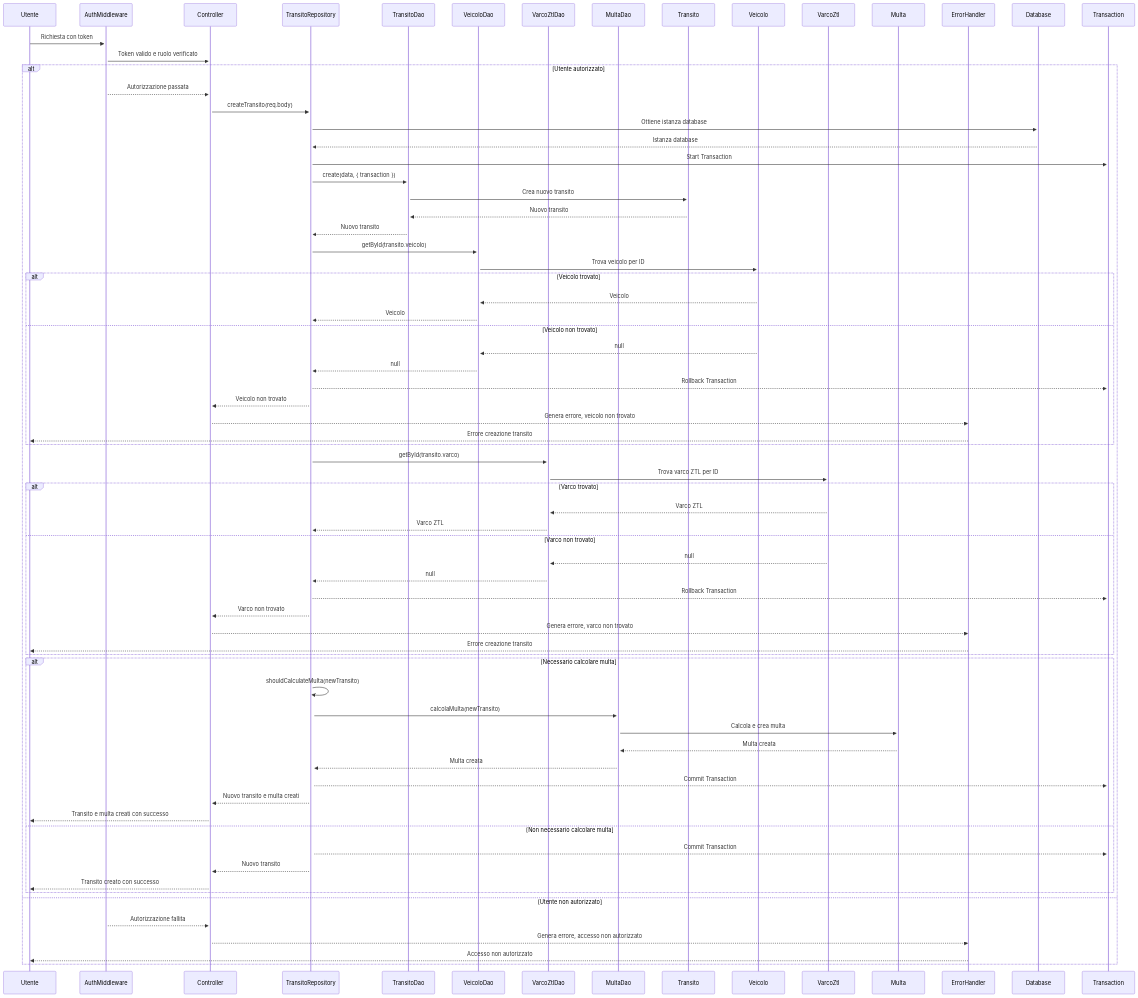
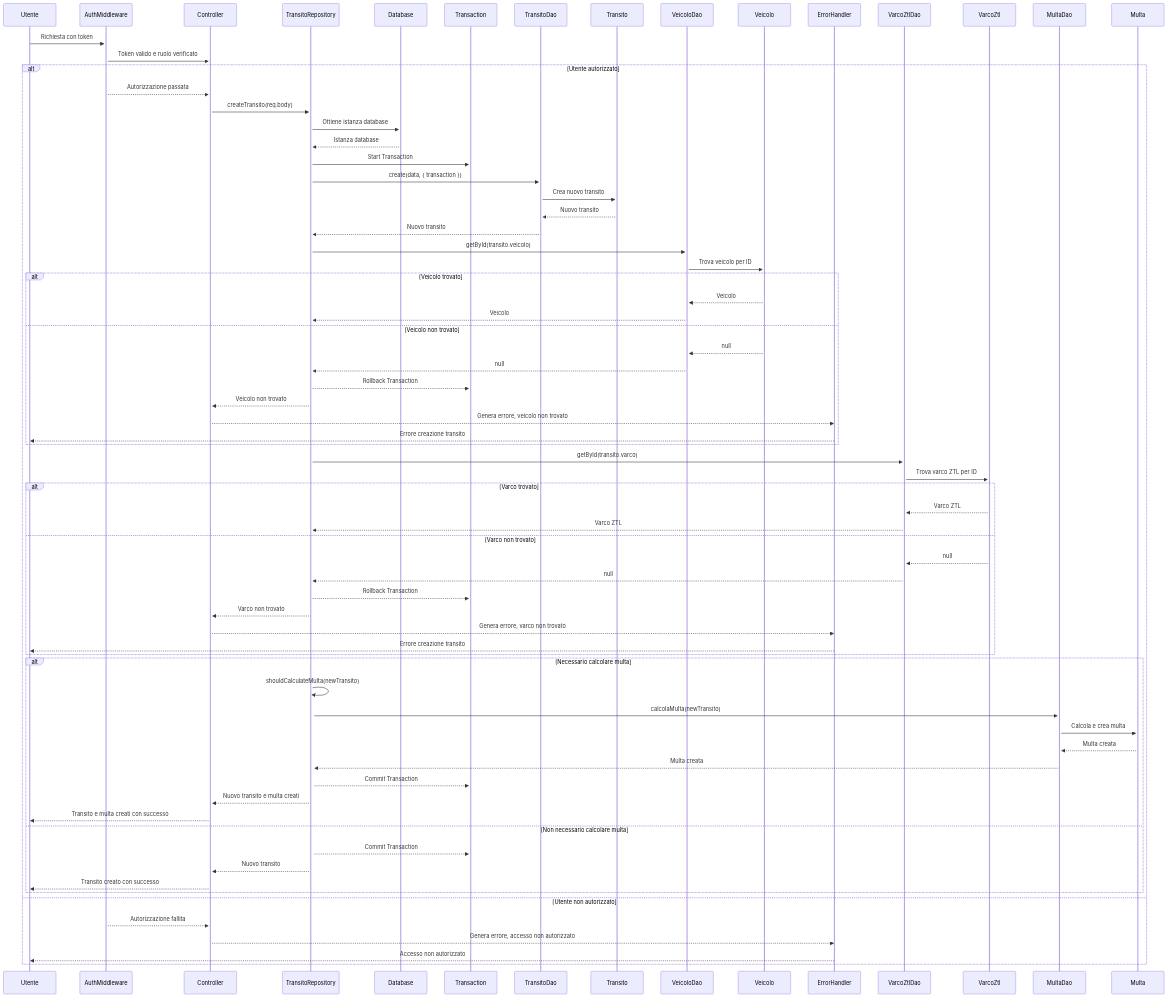
Before and after one commit to Arianna6400/Adv_Prog: the ninth of 12 diagrams in README.md, drawn with Mermaid. The commit also changed other lines of this file, not shown here.

````diff
--- a/README.md
+++ b/README.md
@@ -550,76 +550,76 @@
 ```mermaid
 sequenceDiagram
     participant U as Utente
     participant Auth as AuthMiddleware
     participant C as Controller
     participant R as TransitoRepository
-    participant DAO_T as TransitoDao
-    participant DAO_V as VeicoloDao
-    participant DAO_Z as VarcoZtlDao
-    participant DAO_M as MultaDao
-    participant T as Transito
-    participant V as Veicolo
-    participant Z as VarcoZtl
-    participant M as Multa
-    participant Err as ErrorHandler
     participant DB as Database
     participant TR as Transaction
-
+    participant DAO_T as TransitoDao
+    participant T as Transito
+    participant DAO_V as VeicoloDao
+    participant V as Veicolo
+    participant Err as ErrorHandler
+    participant DAO_Z as VarcoZtlDao
+    participant Z as VarcoZtl
+    participant DAO_M as MultaDao
+    participant M as Multa
+    
     U->>+Auth: Richiesta con token
     Auth->>+C: Token valido e ruolo verificato
     alt Utente autorizzato
         Auth-->>C: Autorizzazione passata
         C->>+R: createTransito(req.body)
         R->>+DB: Ottiene istanza database
         DB-->>R: Istanza database
         R->>+TR: Start Transaction
         R->>+DAO_T: create(data, { transaction })
         DAO_T->>+T: Crea nuovo transito
         T-->>DAO_T: Nuovo transito
         DAO_T-->>R: Nuovo transito
         R->>+DAO_V: getById(transito.veicolo)
         DAO_V->>+V: Trova veicolo per ID
         alt Veicolo trovato
             V-->>DAO_V: Veicolo
             DAO_V-->>R: Veicolo
         else Veicolo non trovato
             V-->>DAO_V: null
             DAO_V-->>R: null
             R-->>TR: Rollback Transaction
             R-->>C: Veicolo non trovato
             C-->>Err: Genera errore, veicolo non trovato
             Err-->>U: Errore creazione transito
         end
         R->>+DAO_Z: getById(transito.varco)
         DAO_Z->>+Z: Trova varco ZTL per ID
         alt Varco trovato
             Z-->>DAO_Z: Varco ZTL
             DAO_Z-->>R: Varco ZTL
         else Varco non trovato
             Z-->>DAO_Z: null
             DAO_Z-->>R: null
             R-->>TR: Rollback Transaction
             R-->>C: Varco non trovato
             C-->>Err: Genera errore, varco non trovato
             Err-->>U: Errore creazione transito
         end
         alt Necessario calcolare multa
             R->>+R: shouldCalculateMulta(newTransito)
             R->>+DAO_M: calcolaMulta(newTransito)
             DAO_M->>+M: Calcola e crea multa
             M-->>DAO_M: Multa creata
             DAO_M-->>R: Multa creata
             R-->>TR: Commit Transaction
             R-->>C: Nuovo transito e multa creati
             C-->>U: Transito e multa creati con successo
         else Non necessario calcolare multa
             R-->>TR: Commit Transaction
             R-->>C: Nuovo transito
             C-->>U: Transito creato con successo
         end
     else Utente non autorizzato
         Auth-->>C: Autorizzazione fallita
         C-->>Err: Genera errore, accesso non autorizzato
         Err-->>U: Accesso non autorizzato
     end
 ```
````
